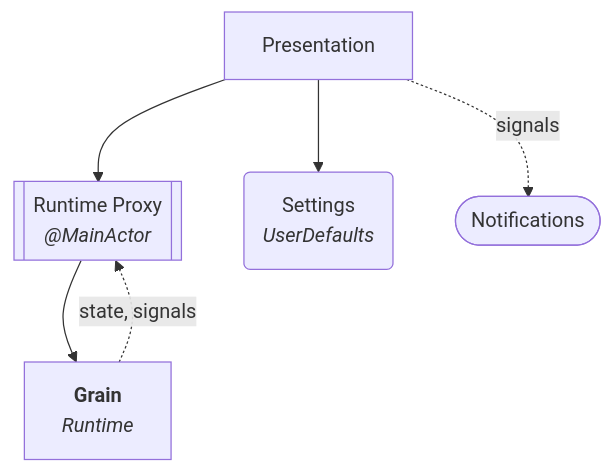
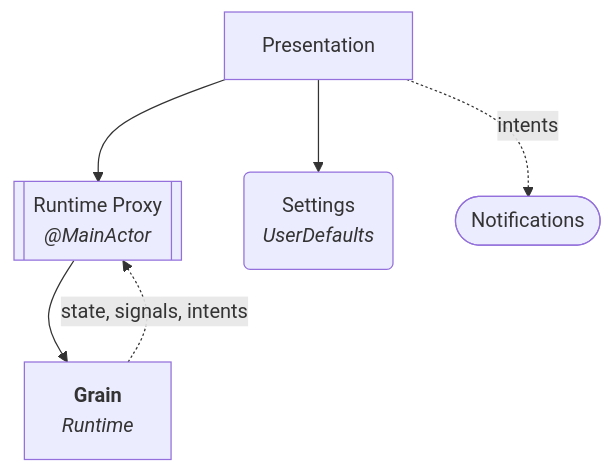
The first of 2 diagrams in CLAUDE.md (vitalydolgov/grain-desktop), drawn with Mermaid before and after one commit. The commit also changed other lines of this file, not shown here.

````diff
--- a/CLAUDE.md
+++ b/CLAUDE.md
@@ -19,16 +19,16 @@
 ```mermaid
 flowchart TD
     DP["Presentation"]
     DProxy[["Runtime Proxy<br/><i>@MainActor</i>"]]
     DP --> DProxy
     DProxy --> DGrain
-    DGrain -.->|state, signals| DProxy
+    DGrain -.->|state, signals, intents| DProxy
 
     S("Settings<br/><i>UserDefaults</i>")
     DP --> S
 
     N(["Notifications"])
-    DP -.->|signals| N
+    DP -.->|intents| N
 
     DGrain["<b>Grain</b><br/><i>Runtime</i>"]
 ```
````
